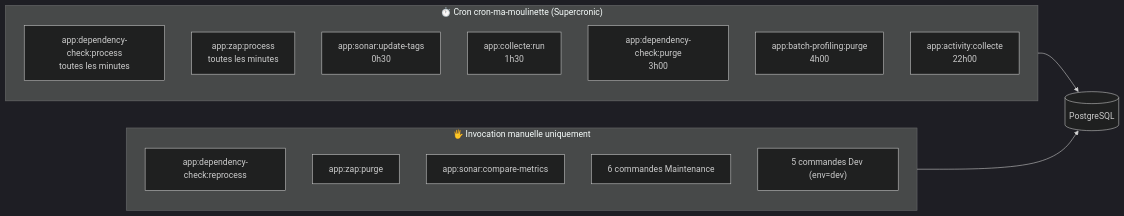
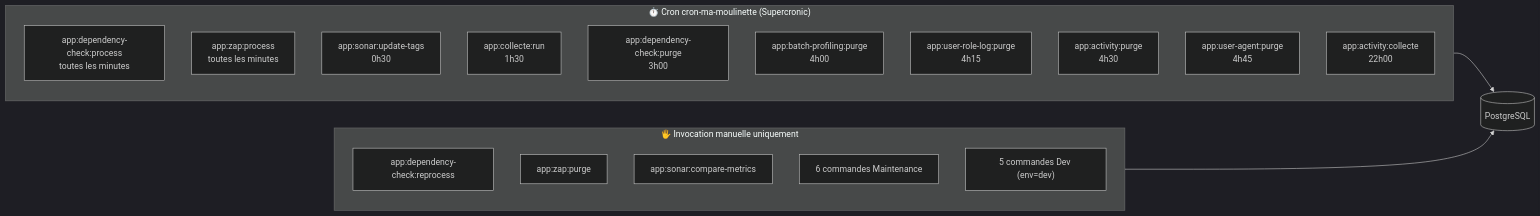
Before and after one commit to Laurent-hadjadj/ma-moulinette: the diagram in mkDocs/docs/ma-moulinette/commandes/index.md, drawn with Mermaid (dark theme). The commit also changed other lines of this file and 1 other file, not shown here.

Commit message:
Doc: Ajout de la purges RGPD (user_role_log, activity/activity_historique,  user_agent_event/user_agent_analysis)

````diff
--- a/mkDocs/docs/ma-moulinette/commandes/index.md
+++ b/mkDocs/docs/ma-moulinette/commandes/index.md
@@ -13,25 +13,28 @@
 ```mermaid
 flowchart LR
     subgraph Cron["⏱️ Cron cron-ma-moulinette (Supercronic)"]
         direction TB
         C1["app:dependency-check:process<br/>toutes les minutes"]
         C6["app:zap:process<br/>toutes les minutes"]
         C2["app:sonar:update-tags<br/>0h30"]
         C3["app:collecte:run<br/>1h30"]
         C4["app:dependency-check:purge<br/>3h00"]
         C7["app:batch-profiling:purge<br/>4h00"]
+        C8["app:user-role-log:purge<br/>4h15"]
+        C9["app:activity:purge<br/>4h30"]
+        C10["app:user-agent:purge<br/>4h45"]
         C5["app:activity:collecte<br/>22h00"]
     end
 
     subgraph Manuel["🖐️ Invocation manuelle uniquement"]
         direction TB
         M2["app:dependency-check:reprocess"]
         M6["app:zap:purge"]
         M3["app:sonar:compare-metrics"]
         M4["6 commandes Maintenance"]
         M5["5 commandes Dev (env=dev)"]
     end
 
     Cron --> DB[(PostgreSQL)]
     Manuel --> DB
 ```
````
